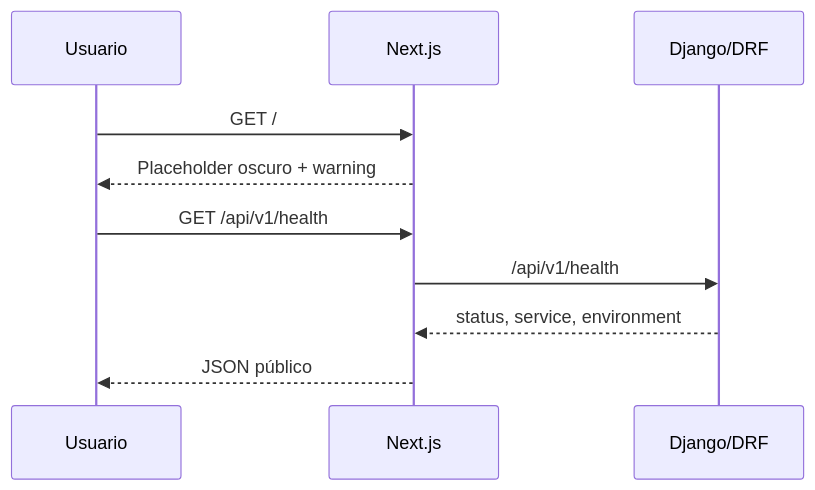
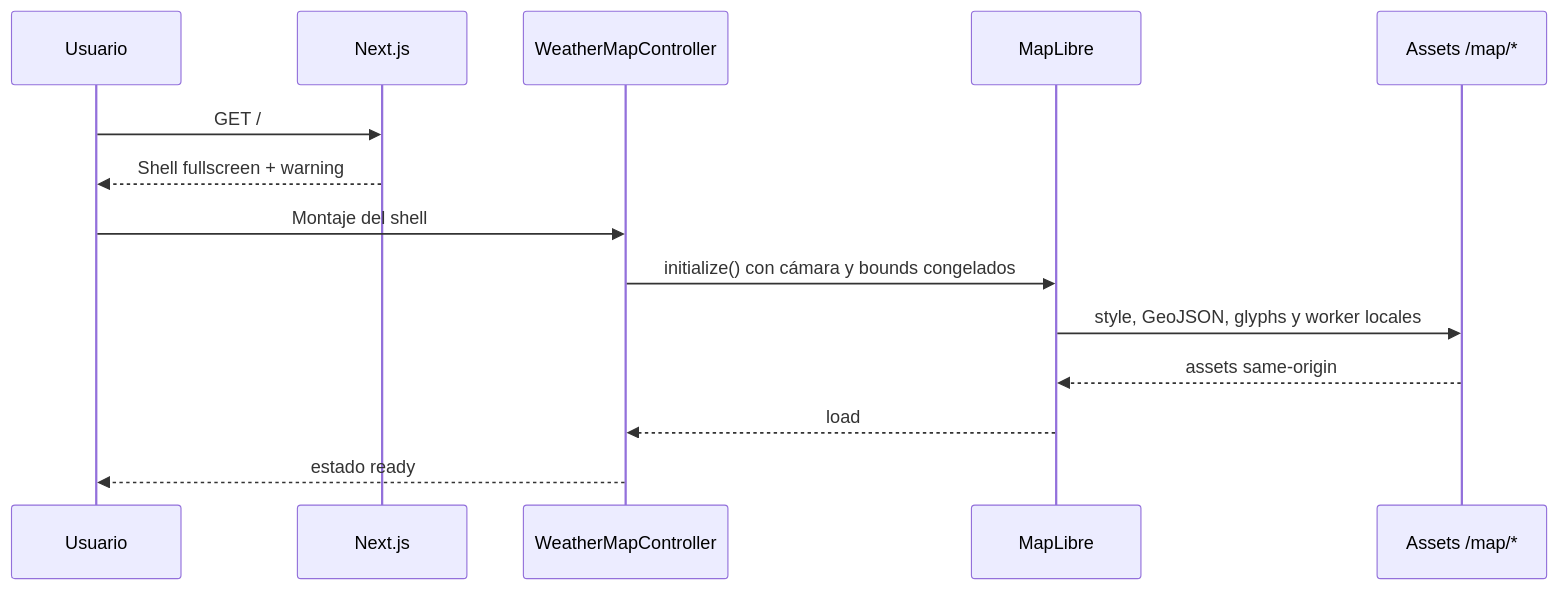
One commit to carlos18bp/aviation_weather_viewer_project changed the second of 2 diagrams in docs/methodology/architecture.md. Above: the diagram before and after it, drawn with Mermaid. The commit also changed other lines of this file and 30 other files, not shown here.

First line of the commit message:
feat: add Colombia MapLibre shell (#5)

````diff
--- a/docs/methodology/architecture.md
+++ b/docs/methodology/architecture.md
@@ -41,12 +54,16 @@
 ```mermaid
 sequenceDiagram
     participant U as Usuario
     participant N as Next.js
-    participant D as Django/DRF
+    participant C as WeatherMapController
+    participant M as MapLibre
+    participant A as Assets /map/*
     U->>N: GET /
-    N-->>U: Placeholder oscuro + warning
-    U->>N: GET /api/v1/health
-    N->>D: /api/v1/health
-    D-->>N: status, service, environment
-    N-->>U: JSON público
+    N-->>U: Shell fullscreen + warning
+    U->>C: Montaje del shell
+    C->>M: initialize() con cámara y bounds congelados
+    M->>A: style, GeoJSON, glyphs y worker locales
+    A-->>M: assets same-origin
+    M-->>C: load
+    C-->>U: estado ready
 ```
````
